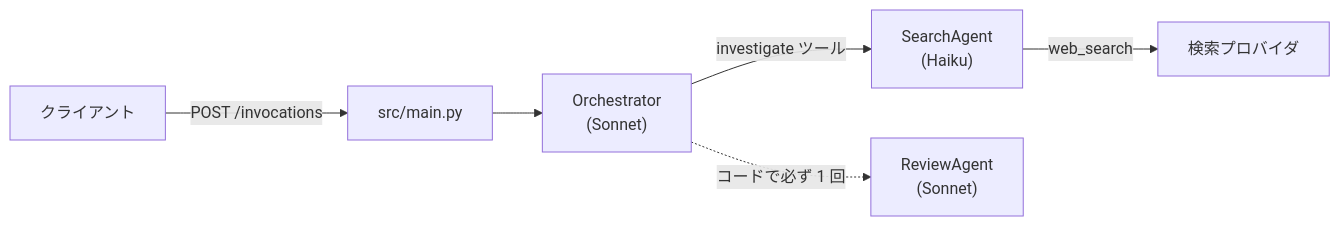
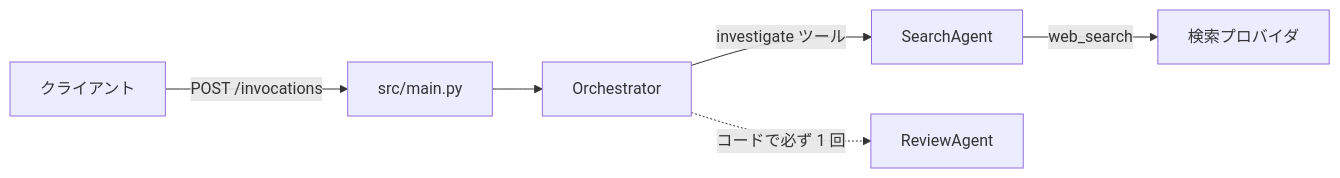
One commit to Relic-Kamakura/agent-platform changed the diagram in 07-full-app/README.md. Above: the diagram before and after it, drawn with Mermaid. The commit also changed other lines of this file and 36 other files, not shown here.

````diff
--- a/07-full-app/README.md
+++ b/07-full-app/README.md
@@ -31,8 +31,8 @@
 ```mermaid
 graph LR
     CL[クライアント] -->|POST /invocations| M["src/main.py"]
-    M --> O["Orchestrator<br/>(Sonnet)"]
-    O -->|investigate ツール| S["SearchAgent<br/>(Haiku)"]
+    M --> O["Orchestrator"]
+    O -->|investigate ツール| S["SearchAgent"]
     S -->|web_search| P[検索プロバイダ]
-    O -.->|コードで必ず 1 回| R["ReviewAgent<br/>(Sonnet)"]
+    O -.->|コードで必ず 1 回| R["ReviewAgent"]
 ```
````
